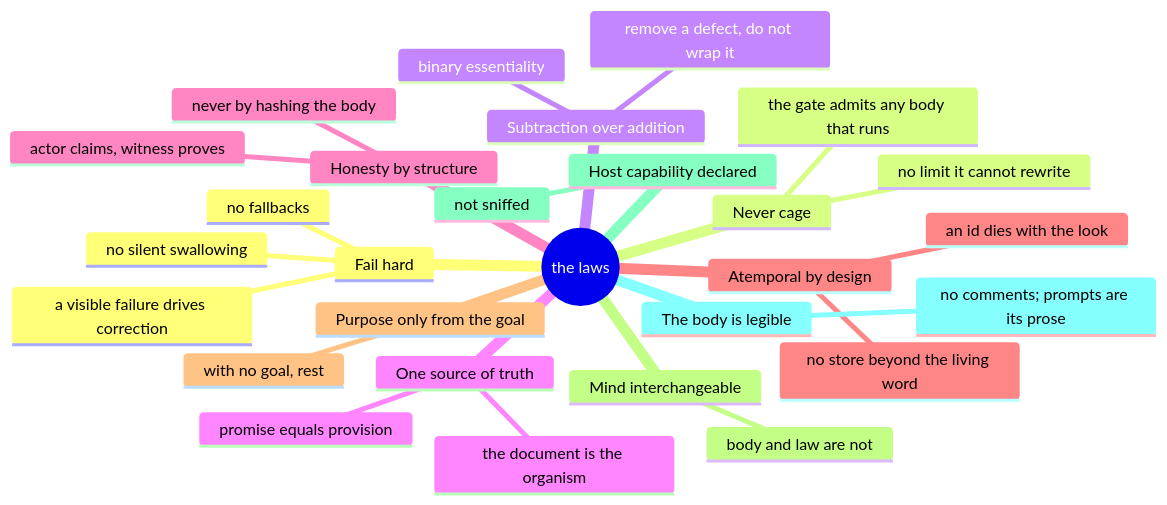
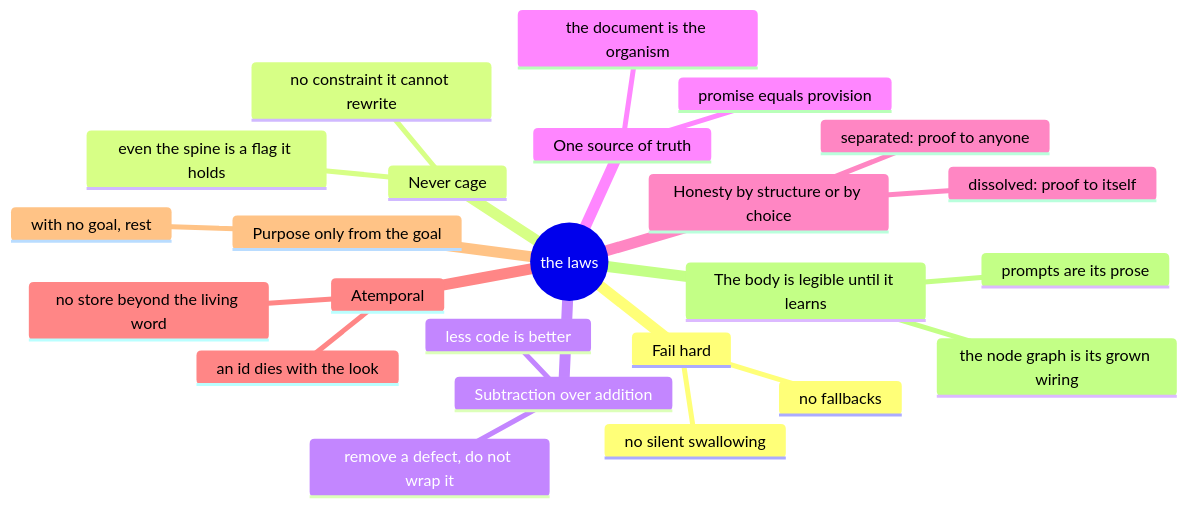
The tenth of 10 diagrams in README.md (wgabrys88/endgame-ai), drawn with Mermaid before and after one commit. The commit also changed other lines of this file, not shown here.

````diff
--- a/README.md
+++ b/README.md
@@ -467,31 +379,27 @@
 ```mermaid
 mindmap
   root((the laws))
     Fail hard
       no fallbacks
       no silent swallowing
-      a visible failure drives correction
     Never cage
-      no limit it cannot rewrite
-      the gate admits any body that runs
+      no constraint it cannot rewrite
+      even the spine is a flag it holds
     Subtraction over addition
       remove a defect, do not wrap it
-      binary essentiality
+      less code is better
     One source of truth
       the document is the organism
       promise equals provision
-    Honesty by structure
-      actor claims, witness proves
-      never by hashing the body
-    Atemporal by design
+    Honesty by structure or by choice
+      separated: proof to anyone
+      dissolved: proof to itself
+    Atemporal
       no store beyond the living word
       an id dies with the look
     Purpose only from the goal
       with no goal, rest
-    Mind interchangeable
-      body and law are not
-    Host capability declared
-      not sniffed
-    The body is legible
-      no comments; prompts are its prose
+    The body is legible until it learns
+      prompts are its prose
+      the node graph is its grown wiring
 ```
````
